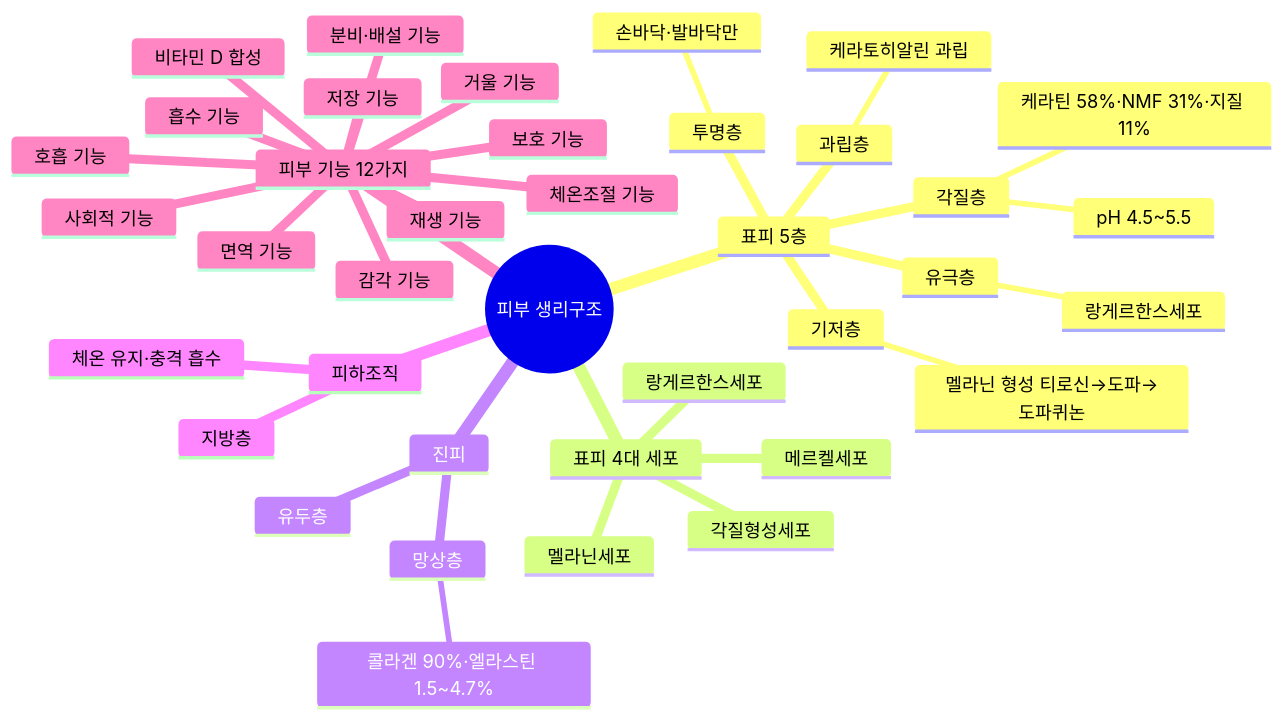
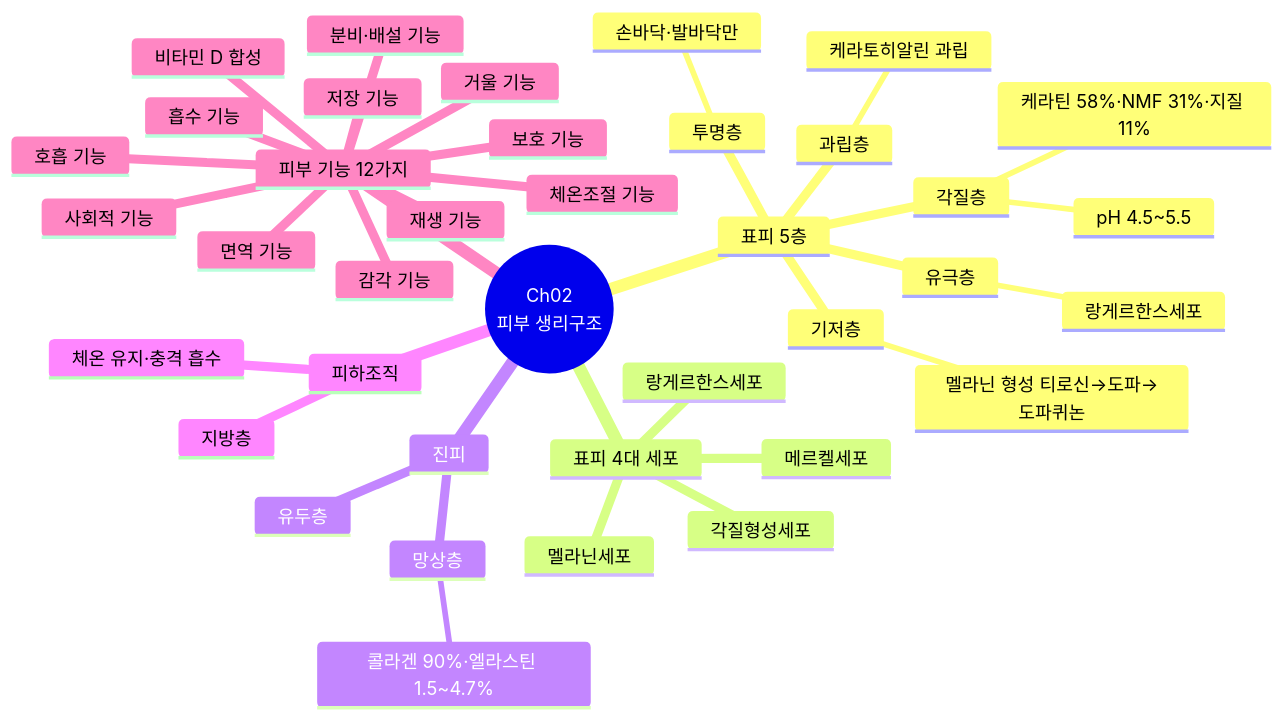
Before and after one commit to skygoldlee-cyber/Personalized_Skincare: diagram 12 of 28 in content/교재/understanding/4과목_맞춤형화장품의이해_이야기형.md, drawn with Mermaid. The commit also changed other lines of this file and 8 other files, not shown here.

````diff
--- a/content/교재/understanding/4과목_맞춤형화장품의이해_이야기형.md
+++ b/content/교재/understanding/4과목_맞춤형화장품의이해_이야기형.md
@@ -1159,41 +1159,41 @@
 ```mermaid
 mindmap
- root((피부 생리구조))
+ root((Ch02<br/>피부 생리구조))
   표피 5층
    각질층
     케라틴 58%·NMF 31%·지질 11%
     pH 4.5~5.5
    투명층
     손바닥·발바닥만
    과립층
     케라토히알린 과립
    유극층
     랑게르한스세포
    기저층
     멜라닌 형성 티로신→도파→도파퀴논
   표피 4대 세포
    각질형성세포
    멜라닌세포
    랑게르한스세포
    메르켈세포
   진피
    유두층
    망상층
     콜라겐 90%·엘라스틴 1.5~4.7%
   피하조직
    지방층
    체온 유지·충격 흡수
   피부 기능 12가지
    보호 기능
    감각 기능
    체온조절 기능
    면역 기능
    비타민 D 합성
    흡수 기능
    분비·배설 기능
    호흡 기능
    저장 기능
    재생 기능
    거울 기능
    사회적 기능
 ```
````
